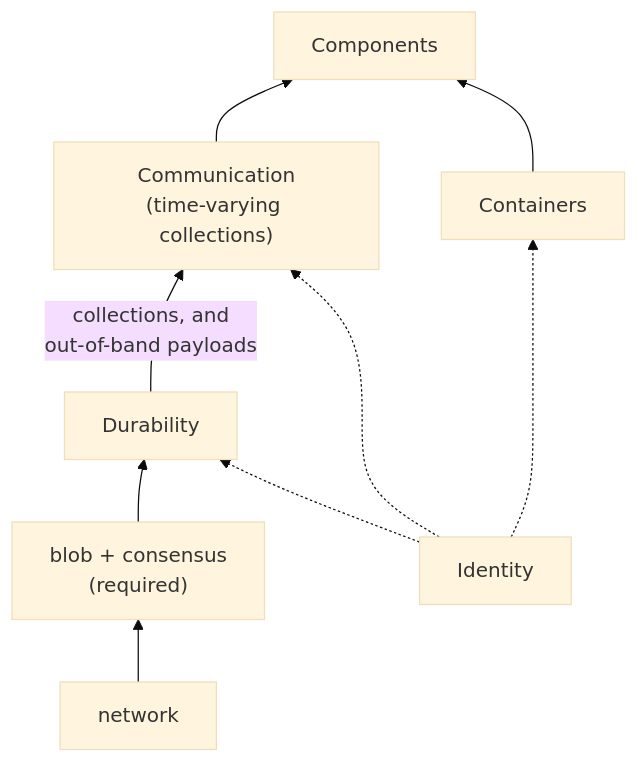
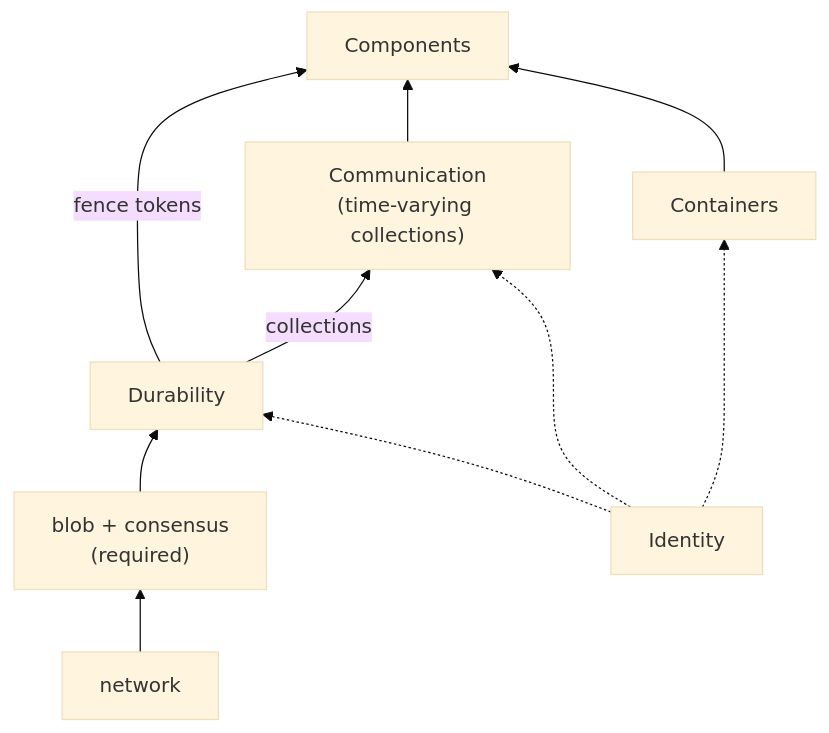
One commit to MaterializeInc/materialize changed the diagram in doc/developer/architecture/README.md. Above: the diagram before and after it, drawn with Mermaid (base theme). The commit also changed other lines of this file, not shown here.

````diff
--- a/doc/developer/architecture/README.md
+++ b/doc/developer/architecture/README.md
@@ -54,11 +63,12 @@
 ```mermaid
 flowchart BT
     net["network"] --> blob["blob + consensus<br/>(required)"]
     blob --> dur["Durability"]
-    dur -->|"collections, and<br/>out-of-band payloads"| comm["Communication<br/>(time-varying collections)"]
-    comm --> comp["Components"]
+    dur -->|"collections"| comm["Communication<br/>(time-varying collections)"]
+    dur -->|"fence tokens"| comp["Components"]
+    comm --> comp
     cont["Containers"] --> comp
     id["Identity"] -.-> dur
     id -.-> comm
     id -.-> cont
 ```
````
